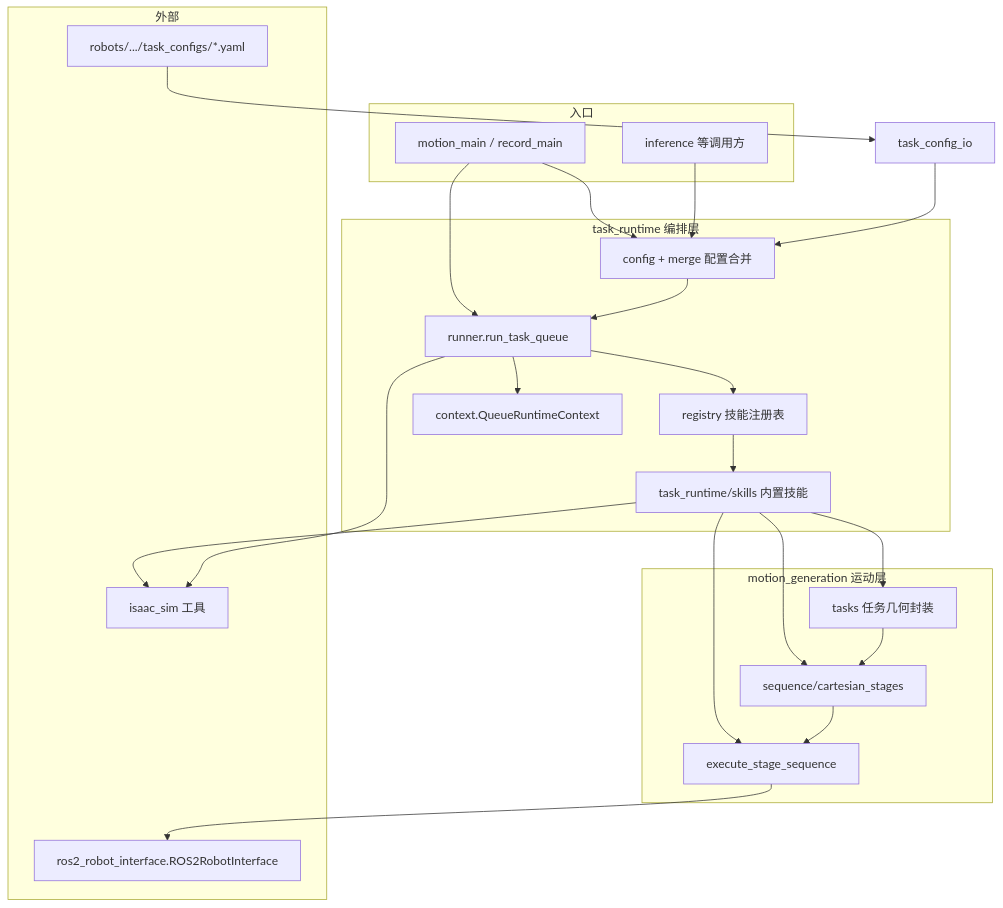
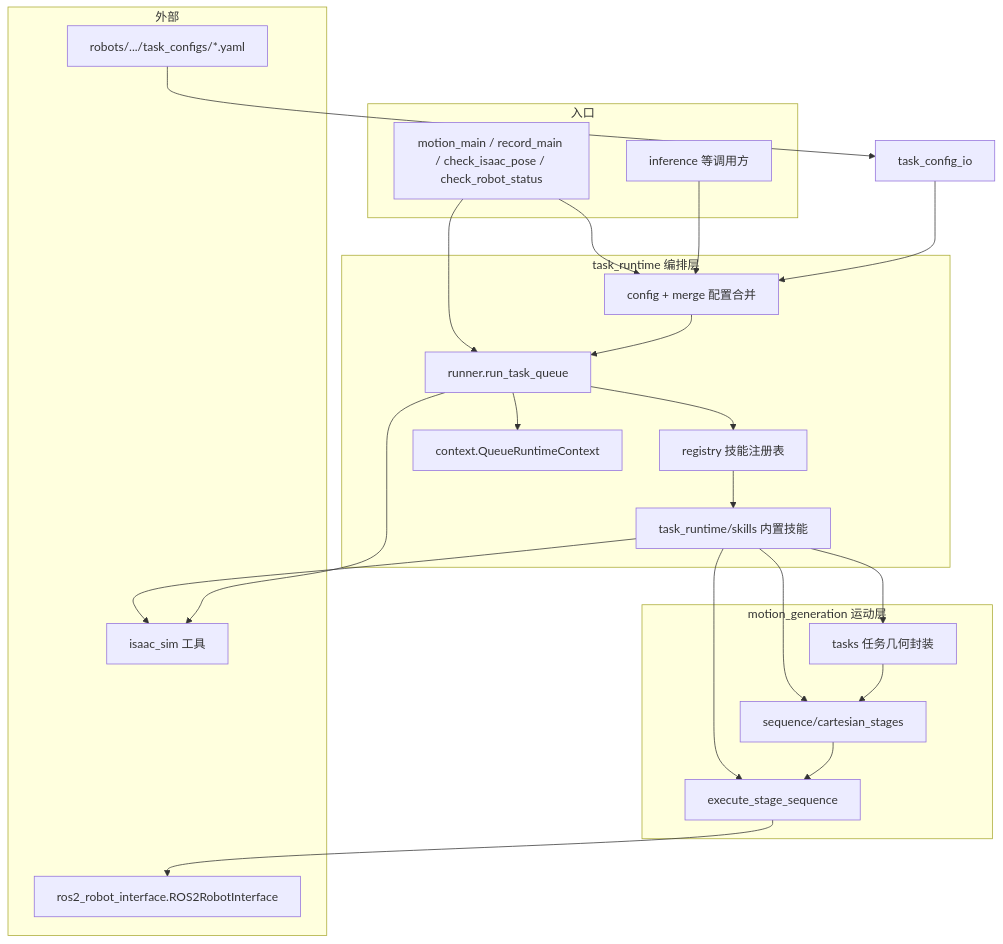
Before and after one commit to fiveages-sim/robot_action_composer: the diagram in README.md, drawn with Mermaid. The commit also changed other lines of this file and 18 other files, not shown here.

````diff
--- a/README.md
+++ b/README.md
@@ -40,45 +40,45 @@
 ```mermaid
 flowchart TB
   subgraph entry [入口]
-    CLI[motion_main / record_main]
+    CLI[motion_main / record_main / check_isaac_pose / check_robot_status]
     INF[inference 等调用方]
   end
 
   subgraph tr [task_runtime 编排层]
     R[runner.run_task_queue]
     REG[registry 技能注册表]
     SK[task_runtime/skills 内置技能]
     CFG[config + merge 配置合并]
     CTX[context.QueueRuntimeContext]
   end
 
   subgraph mg [motion_generation 运动层]
     SEQ[sequence/cartesian_stages]
     TSK[tasks 任务几何封装]
     EX[execute_stage_sequence]
   end
 
   subgraph ext [外部]
     RI[ros2_robot_interface.ROS2RobotInterface]
     ISA[isaac_sim 工具]
     YAML[robots/.../task_configs/*.yaml]
   end
 
   CLI --> CFG
   CLI --> R
   INF --> CFG
   YAML --> task_config_io
   task_config_io --> CFG
   CFG --> R
   R --> CTX
   R --> REG
   REG --> SK
   SK --> SEQ
   SK --> TSK
   TSK --> SEQ
   SK --> EX
   SEQ --> EX
   EX --> RI
   SK --> ISA
   R --> ISA
 ```
````
